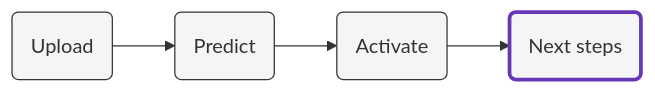
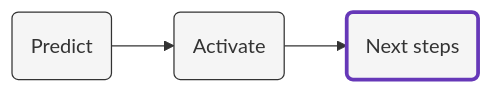
The diagram in content/next_steps/_index.md (snowplow/composable-cdp-with-predictive-ml-modeling-accelerator), drawn with Mermaid before and after one commit. The commit also changed other lines of this file and 3 other files, not shown here.

```diff
--- a/content/next_steps/_index.md
+++ b/content/next_steps/_index.md
@@ -11,8 +11,7 @@
 {{<mermaid>}}
 flowchart LR
-    id1(Upload)-->id2(Predict)-->id3(Activate)-->id4(Next steps)
+    id1(Predict)-->id2(Activate)-->id3(Next steps)
     style id1 fill:#f5f5f5,stroke:#333,stroke-width:1px
     style id2 fill:#f5f5f5,stroke:#333,stroke-width:1px
-    style id3 fill:#f5f5f5,stroke:#333,stroke-width:1px
-    style id4 fill:#f5f5f5,stroke:#6638B8,stroke-width:3px
+    style id3 fill:#f5f5f5,stroke:#6638B8,stroke-width:3px
 {{</mermaid >}}
```
